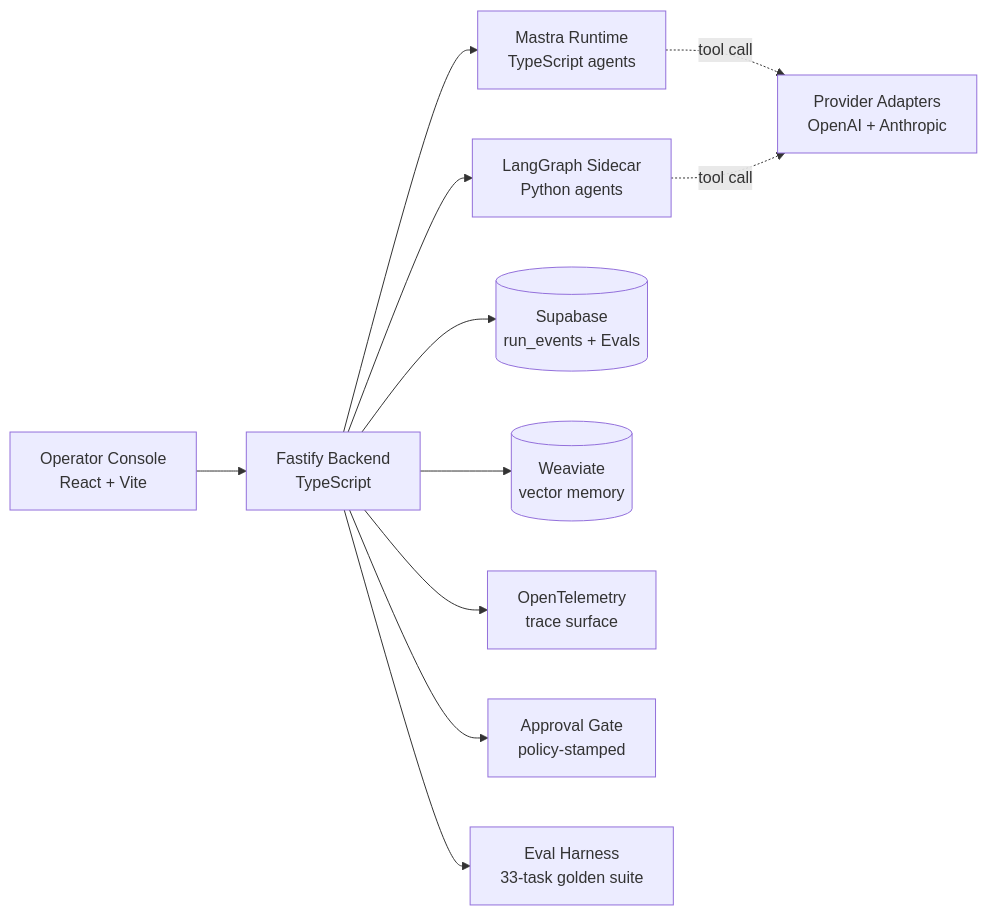
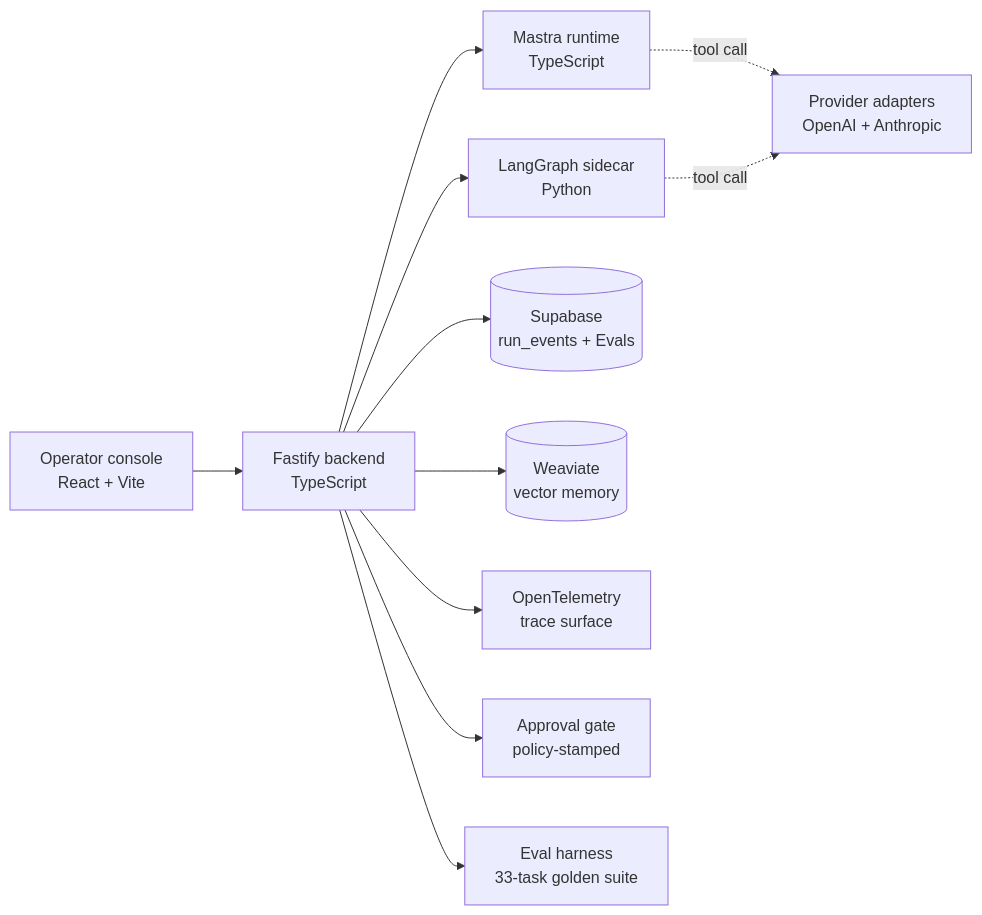
One commit to Alexi5000/TechTideAI2 changed the first of 6 diagrams in README.md. Above: the diagram before and after it, drawn with Mermaid. The commit also changed other lines of this file and 4 other files, not shown here.

````diff
--- a/README.md
+++ b/README.md
@@ -17,13 +77,13 @@
 ```mermaid
 flowchart LR
-  A[Operator Console<br/>React + Vite] --> B[Fastify Backend<br/>TypeScript]
-  B --> C[Mastra Runtime<br/>TypeScript agents]
-  B --> D[LangGraph Sidecar<br/>Python agents]
+  A[Operator console<br/>React + Vite] --> B[Fastify backend<br/>TypeScript]
+  B --> C[Mastra runtime<br/>TypeScript]
+  B --> D[LangGraph sidecar<br/>Python]
   B --> E[(Supabase<br/>run_events + Evals)]
   B --> F[(Weaviate<br/>vector memory)]
   B --> G[OpenTelemetry<br/>trace surface]
-  C -.tool call.-> H[Provider Adapters<br/>OpenAI + Anthropic]
+  C -.tool call.-> H[Provider adapters<br/>OpenAI + Anthropic]
   D -.tool call.-> H
-  B --> I[Approval Gate<br/>policy-stamped]
-  B --> J[Eval Harness<br/>33-task golden suite]
+  B --> I[Approval gate<br/>policy-stamped]
+  B --> J[Eval harness<br/>33-task golden suite]
 ```
````
